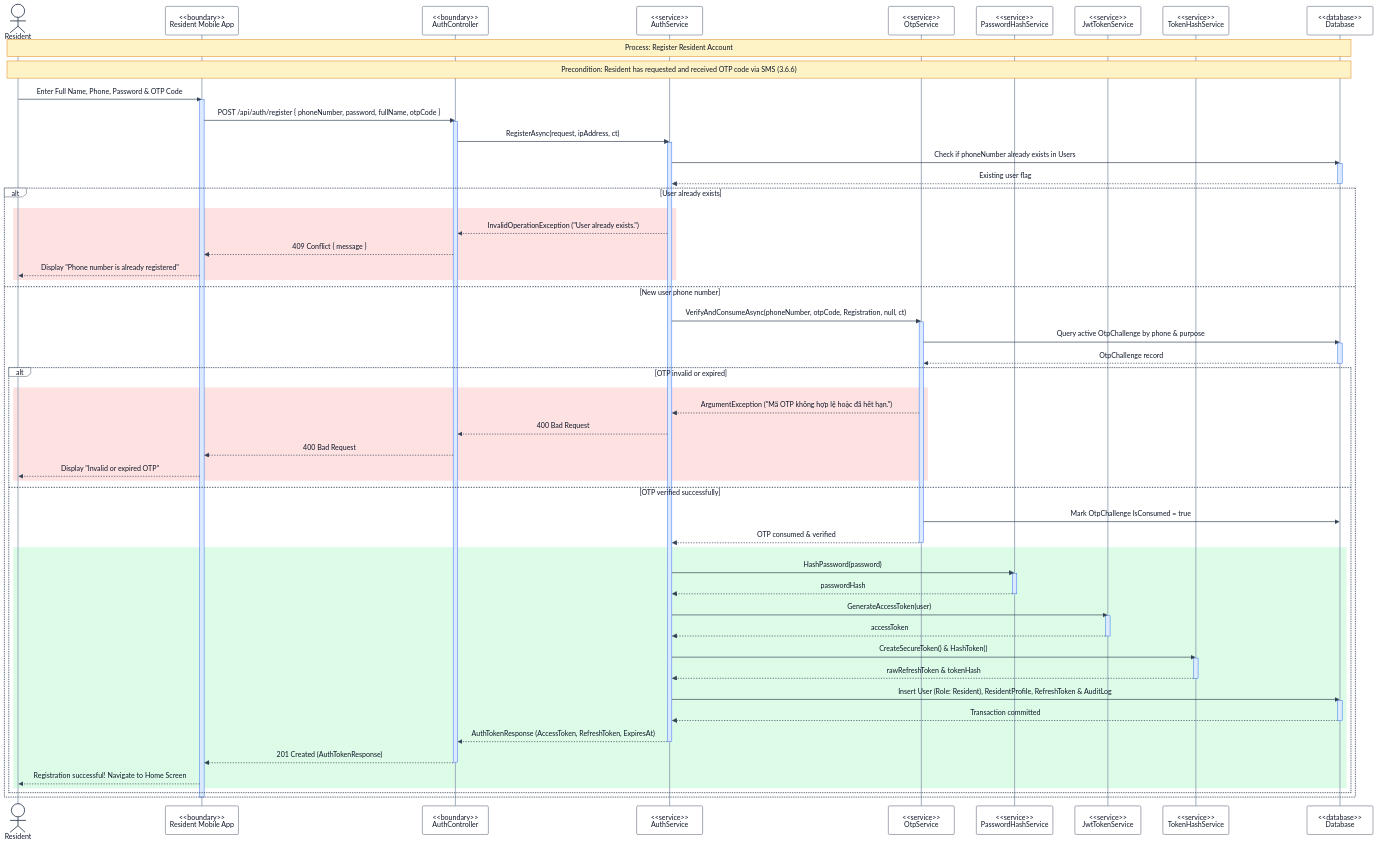
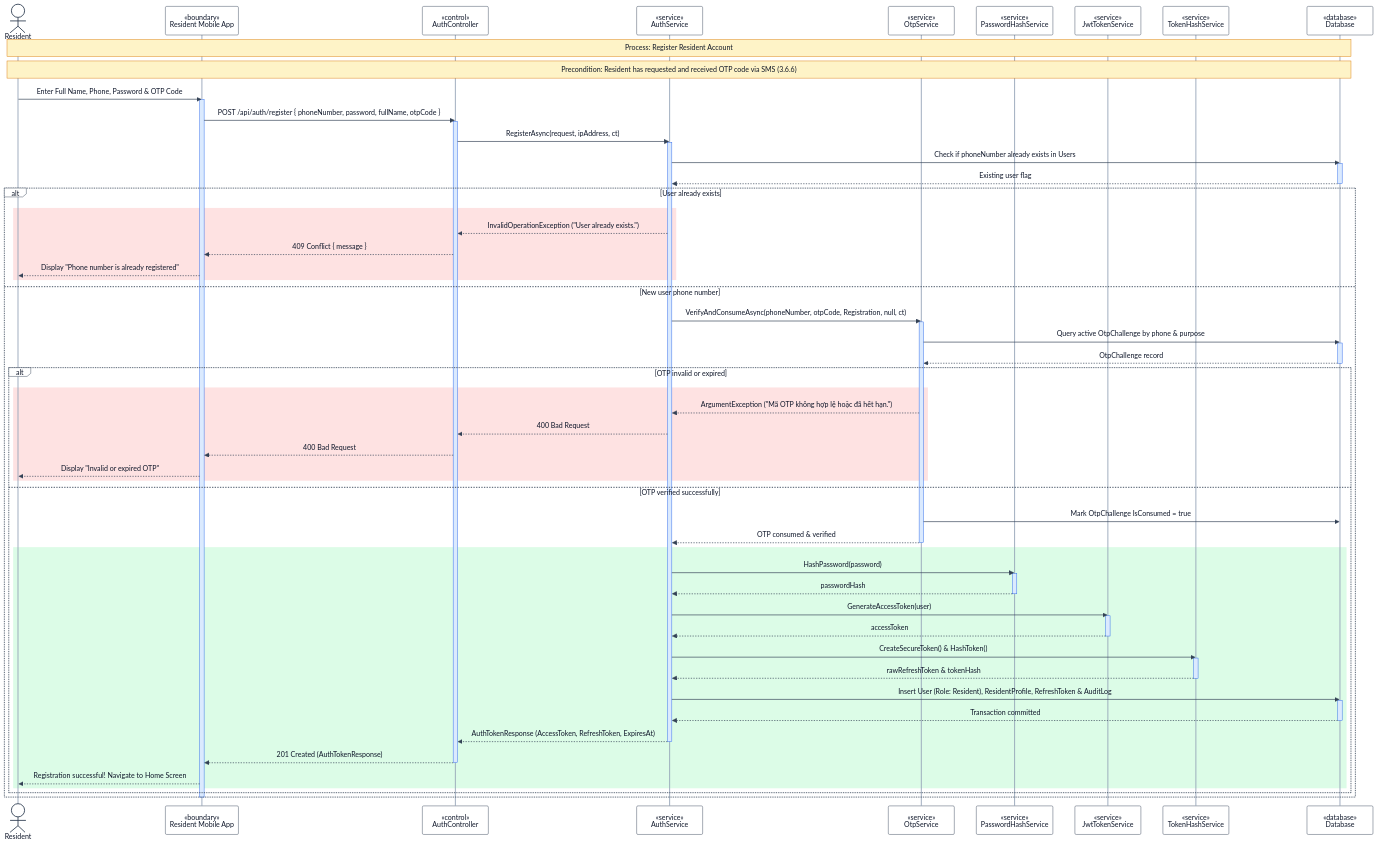
Before and after one commit to se-05-sdlms/smart-locking-diagram: the diagram in RP4/3.6 Resident Account, Preferences & Parcel Management/3.6.2 Register Resident Account Sequence Diagram.md, drawn with Mermaid. The commit also changed 36 other files, not shown here.

Commit message:
Update diagram

```diff
--- a/RP4/3.6 Resident Account, Preferences & Parcel Management/3.6.2 Register Resident Account Sequence Diagram.md
+++ b/RP4/3.6 Resident Account, Preferences & Parcel Management/3.6.2 Register Resident Account Sequence Diagram.md
@@ -21,14 +21,14 @@
 sequenceDiagram
 
 actor RES as Resident
-participant APP as <<boundary>><br/>Resident Mobile App
-participant CTRL as <<boundary>><br/>AuthController
-participant SVC as <<service>><br/>AuthService
-participant OTP as <<service>><br/>OtpService
-participant PASS as <<service>><br/>PasswordHashService
-participant JWT as <<service>><br/>JwtTokenService
-participant TOKEN as <<service>><br/>TokenHashService
-participant DB as <<database>><br/>Database
+participant APP as «boundary»<br/>Resident Mobile App
+participant CTRL as «control»<br/>AuthController
+participant SVC as «service»<br/>AuthService
+participant OTP as «service»<br/>OtpService
+participant PASS as «service»<br/>PasswordHashService
+participant JWT as «service»<br/>JwtTokenService
+participant TOKEN as «service»<br/>TokenHashService
+participant DB as «database»<br/>Database
 
 Note over RES,DB: Process: Register Resident Account
 Note over RES,DB: Precondition: Resident has requested and received OTP code via SMS (3.6.6)
```
